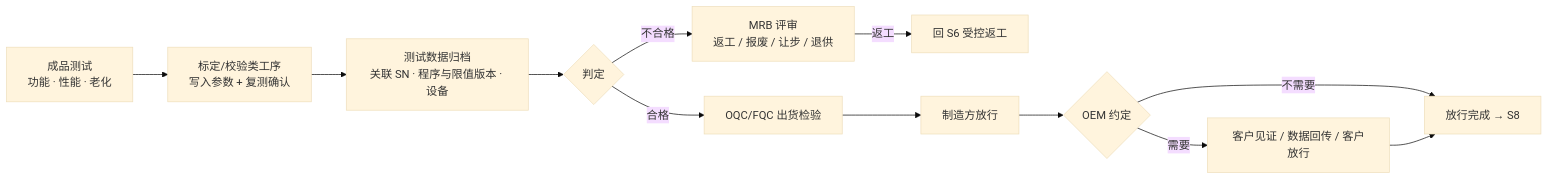
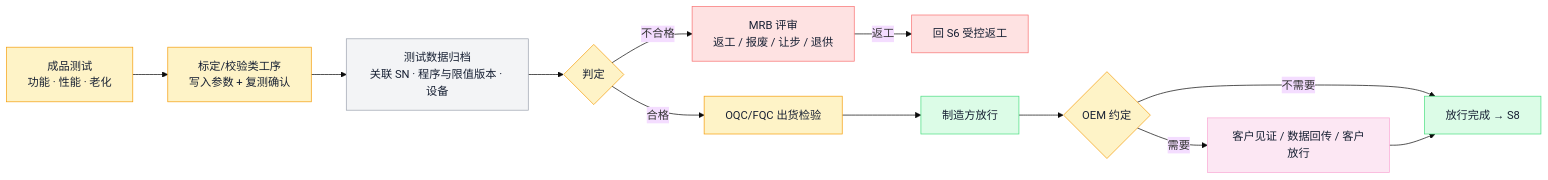
Before and after one commit to ink-hz/AI-Manufacturing-Platform: diagram 12 of 16 in docs/manufacturing-system-handbook.md, drawn with Mermaid (base theme). The commit also changed other lines of this file, not shown here.

Commit message:
docs: publish maintained handbook diagram colors

````diff
--- a/docs/manufacturing-system-handbook.md
+++ b/docs/manufacturing-system-handbook.md
@@ -528,14 +649,24 @@
 ```mermaid
 flowchart LR
     A[成品测试<br/>功能 · 性能 · 老化] --> B[标定/校验类工序<br/>写入参数 + 复测确认]
     B --> C[测试数据归档<br/>关联 SN · 程序与限值版本 · 设备]
     C --> D{判定}
     D -->|合格| E[OQC/FQC 出货检验]
     D -->|不合格| F[MRB 评审<br/>返工 / 报废 / 让步 / 退供]
     F -->|返工| S6[回 S6 受控返工]
     E --> G[制造方放行]
     G --> H{OEM 约定}
     H -->|需要| I[客户见证 / 数据回传 / 客户放行]
     H -->|不需要| J[放行完成 → S8]
     I --> J
+    class A,B,D,E,H qa
+    class C store
+    class F,S6 risk
+    class G,J exec
+    class I cust
+    classDef qa fill:#FEF3C7,stroke:#F59E0B,color:#172033;
+    classDef store fill:#F3F4F6,stroke:#9CA3AF,color:#172033;
+    classDef risk fill:#FEE2E2,stroke:#F87171,color:#172033;
+    classDef exec fill:#DCFCE7,stroke:#4ADE80,color:#172033;
+    classDef cust fill:#FCE7F3,stroke:#F9A8D4,color:#172033;
 ```
````
